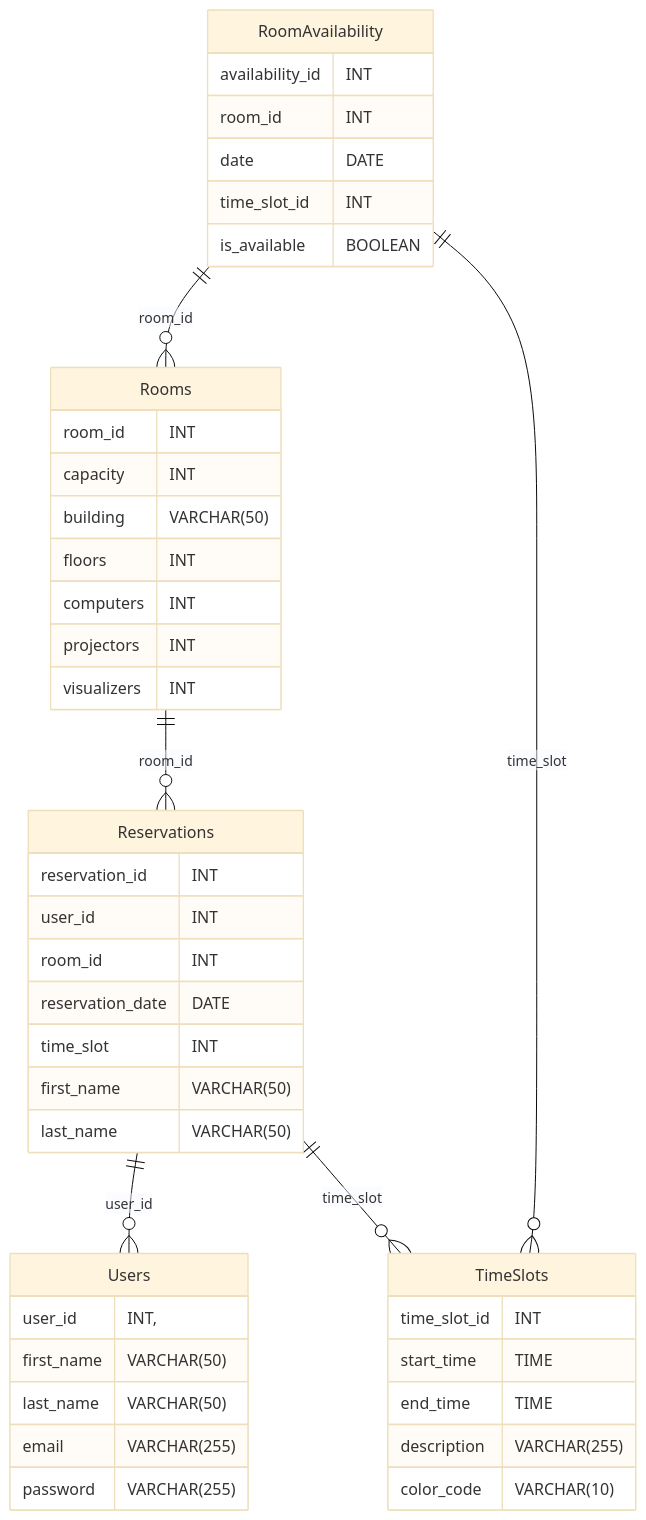
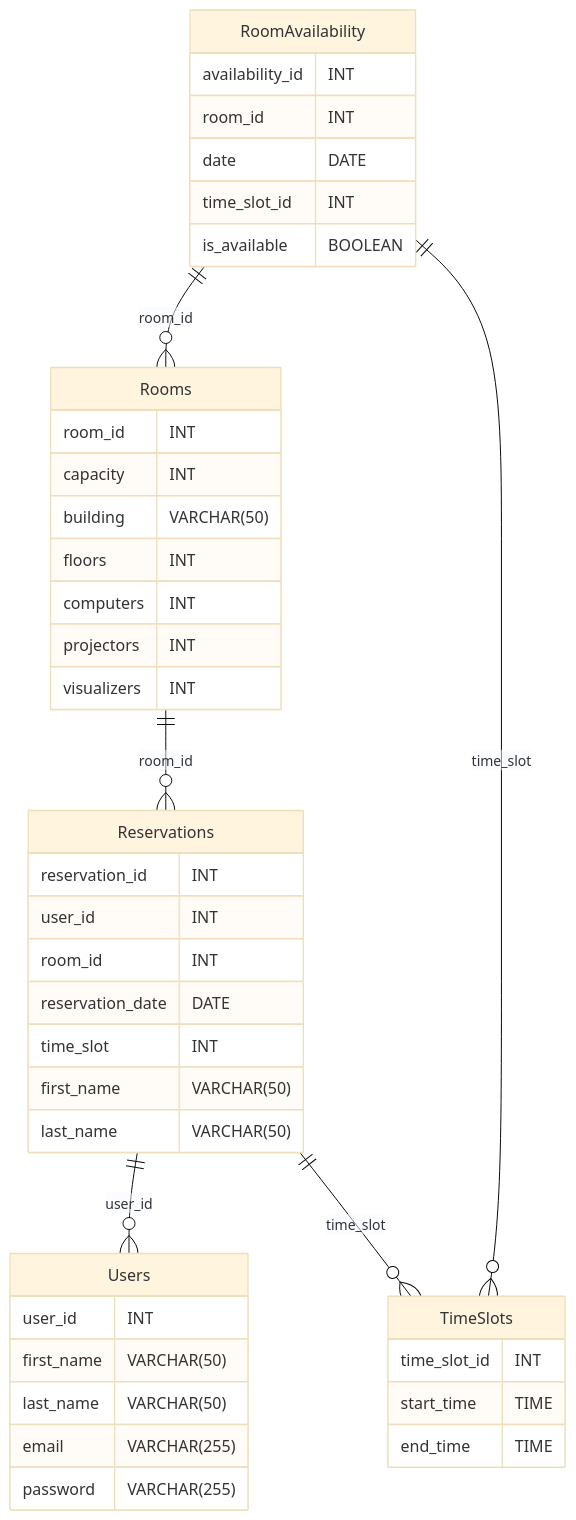
The diagram in server/db.md (Wawta1234/TULPBookingRoom), drawn with Mermaid (base theme) before and after one commit. The commit also changed 2 other files, not shown here.

Commit message:
create DB by mermaid

````diff
--- a/server/db.md
+++ b/server/db.md
@@ -1,53 +1,52 @@
 ```mermaid
 erDiagram
     Rooms {
         room_id INT
         capacity INT
         building VARCHAR(50)
         floors INT
         computers INT
         projectors INT
         visualizers INT
     }
 
     Reservations {
         reservation_id INT
         user_id INT
         room_id INT
         reservation_date DATE
         time_slot INT
         first_name VARCHAR(50)
         last_name VARCHAR(50)
     }
 
     TimeSlots {
         time_slot_id INT
         start_time TIME
         end_time TIME
-        description VARCHAR(255)
-        color_code VARCHAR(10)
+    
     }
 
     RoomAvailability {
         availability_id INT
         room_id INT
         date DATE
         time_slot_id INT
         is_available BOOLEAN
     }
 
     Users {
-        user_id INT,
+        user_id INT
         first_name VARCHAR(50)
         last_name VARCHAR(50)
         email VARCHAR(255)
         password VARCHAR(255)
     }
 
     Rooms ||--o{ Reservations: "room_id"
     Reservations ||--o{ Users: "user_id"
     Reservations ||--o{ TimeSlots: "time_slot"
     RoomAvailability ||--o{ Rooms: "room_id"
     RoomAvailability ||--o{ TimeSlots: "time_slot"
 
 ```
````
